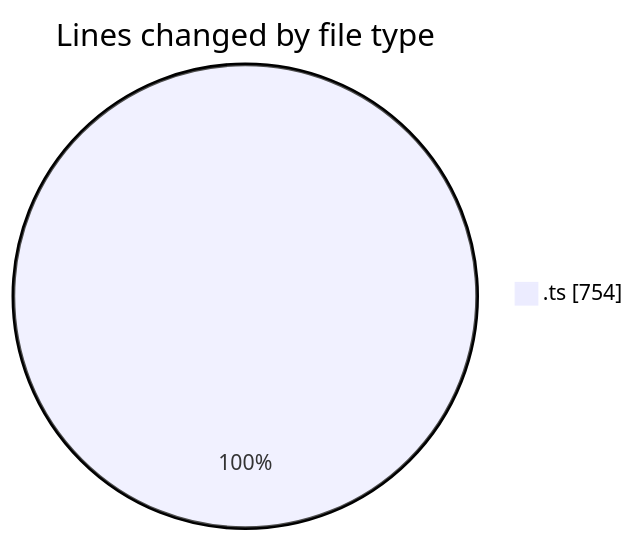
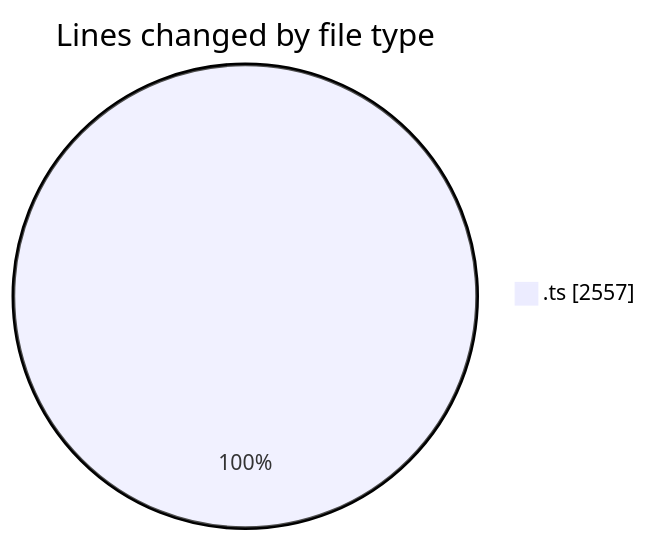
One commit to momahboobian/code-tracking changed the first of 2 diagrams in 2025-08-08/cda/README.md. Above: the diagram before and after it, drawn with Mermaid. The commit also changed other lines of this file and 1 other file, not shown here.

````diff
--- a/2025-08-08/cda/README.md
+++ b/2025-08-08/cda/README.md
@@ -21,5 +23,5 @@
 ```mermaid
 pie showData
 title Lines changed by file type
-".ts" : 754
+".ts" : 2557
 ```
````
